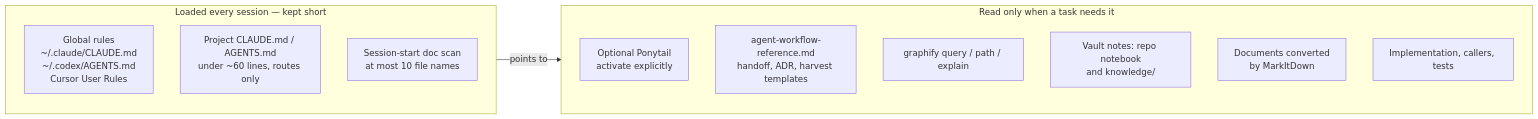
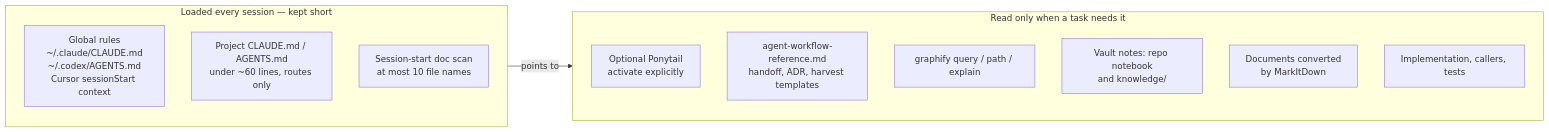
The first of 5 diagrams in docs/how-it-works.md (zandy700/agent-workflow), drawn with Mermaid before and after one commit. The commit also changed 16 other files, not shown here.

````diff
--- a/docs/how-it-works.md
+++ b/docs/how-it-works.md
@@ -9,17 +9,17 @@
 ```mermaid
 flowchart LR
     subgraph always["Loaded every session — kept short"]
-        R["Global rules<br/>~/.claude/CLAUDE.md<br/>~/.codex/AGENTS.md<br/>Cursor User Rules"]
+        R["Global rules<br/>~/.claude/CLAUDE.md<br/>~/.codex/AGENTS.md<br/>Cursor sessionStart context"]
         P["Project CLAUDE.md / AGENTS.md<br/>under ~60 lines, routes only"]
         S["Session-start doc scan<br/>at most 10 file names"]
     end
     subgraph demand["Read only when a task needs it"]
         PT["Optional Ponytail<br/>activate explicitly"]
         REF["agent-workflow-reference.md<br/>handoff, ADR, harvest templates"]
         G["graphify query / path / explain"]
         V["Vault notes: repo notebook<br/>and knowledge/"]
         D["Documents converted<br/>by MarkItDown"]
         C["Implementation, callers, tests"]
     end
     always -->|"points to"| demand
 ```
````
